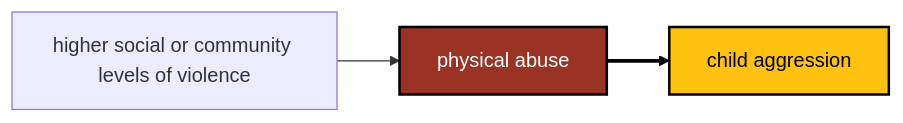
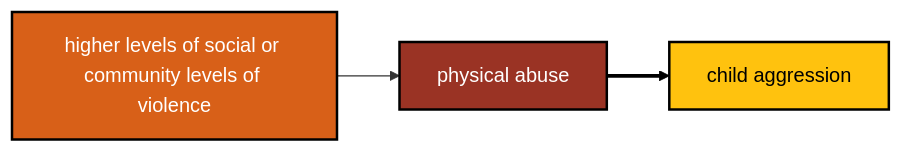
Before and after one commit to agrogan1/closeread: the diagram in normativeness-of-violence/README.md, drawn with Mermaid.

Commit message:
update mermaid diagram with node color

````diff
--- a/normativeness-of-violence/README.md
+++ b/normativeness-of-violence/README.md
@@ -3,22 +3,22 @@
 ```mermaid
 %%| label: fig-question-1
 
 flowchart LR
 
   classDef yellow fill:#FFC20E,stroke:#000000,stroke-width:2px,color:#000000;
   
   classDef blue fill:#374EA2,stroke:#000000,stroke-width:2px,color:#FFFFFF;
   
   classDef green fill:#00833D,stroke:#000000,stroke-width:2px,color:#FFFFFF;
   
   classDef orange fill:#D86018,stroke:#000000,stroke-width:2px,color:#FFFFFF;
   
   classDef red fill:#9A3324,stroke:#000000,stroke-width:2px,color:#FFFFFF;
   
   abuse[physical abuse]:::red --> aggression[child aggression]:::yellow
 
-  macroviolence[higher social or community levels of violence] --> abuse
+  macroviolence[higher levels of social or community levels of violence]:::orange --> abuse
 
   linkStyle 0 stroke:#000000,stroke-width:3px,font-size:36px,color:black;
 
 ```
````
